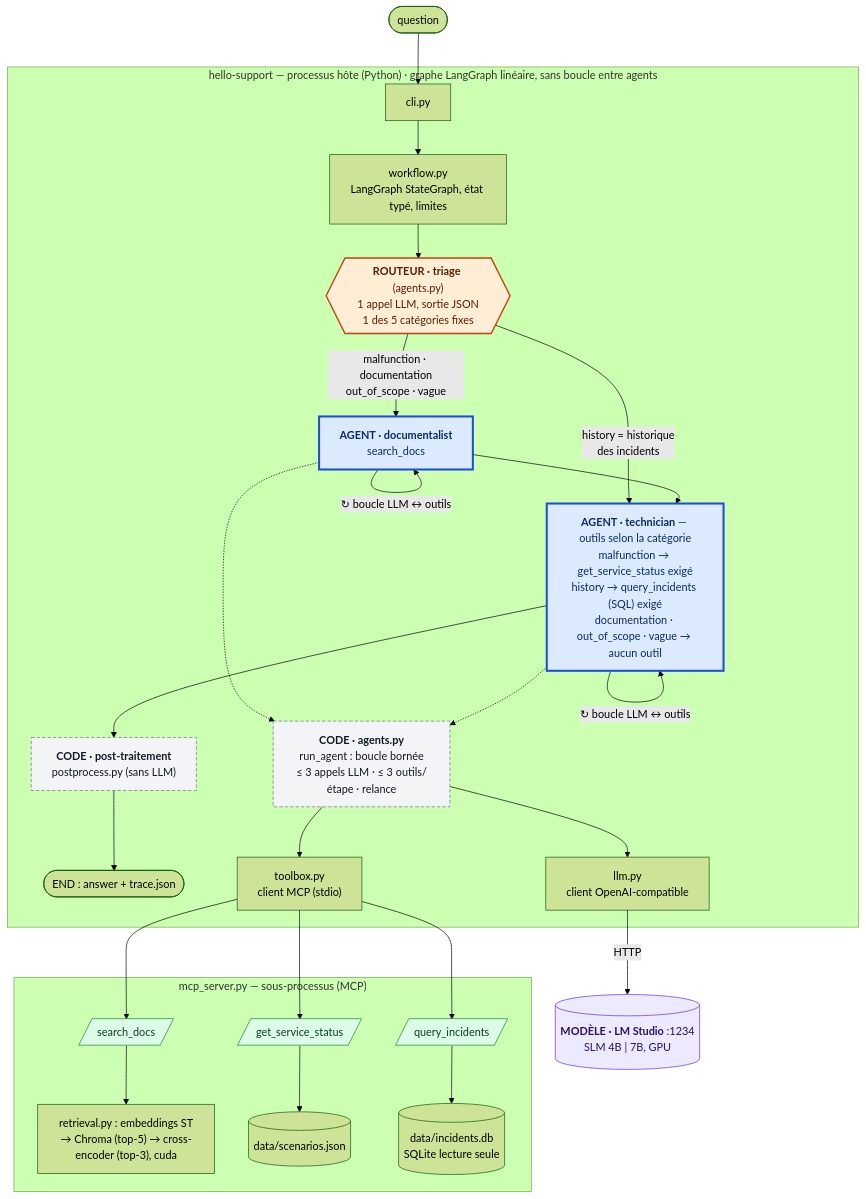
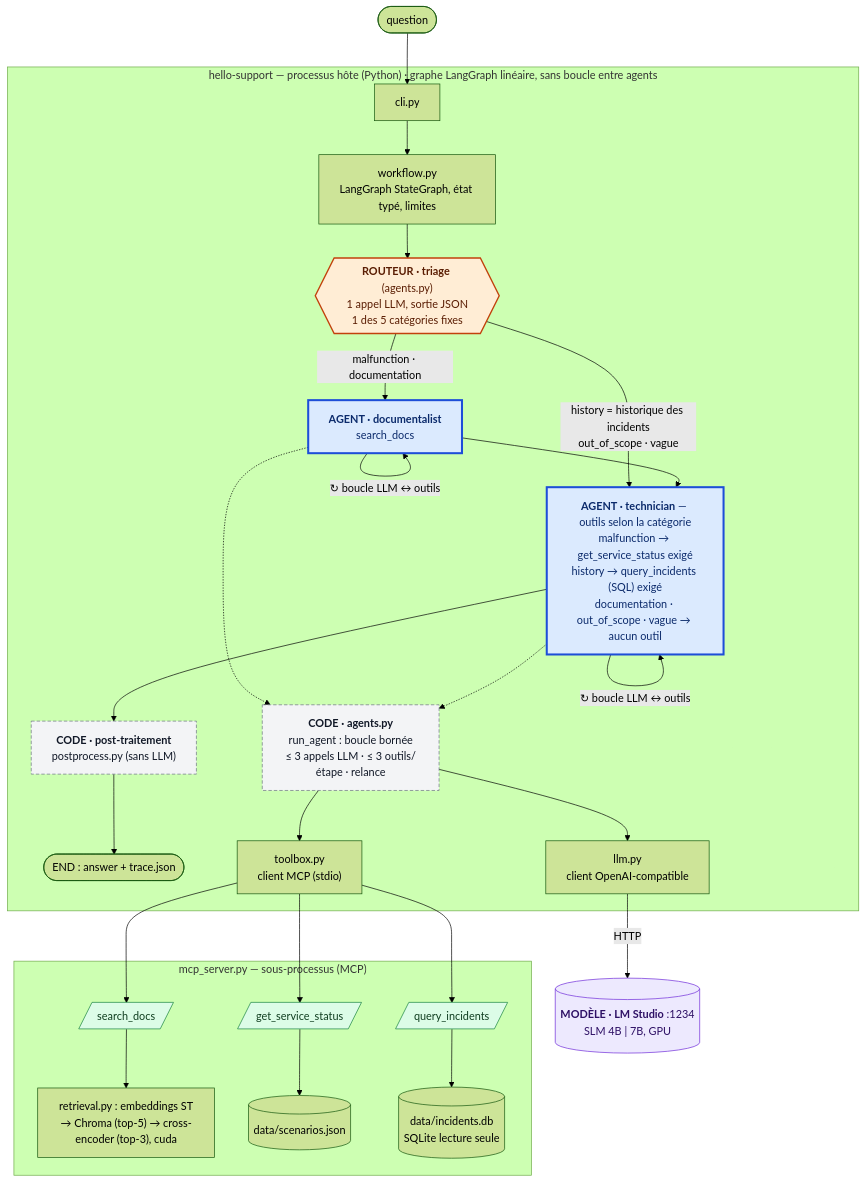
The diagram in docs/SPEC.md (StephaneHe/HelloSupport), drawn with Mermaid (forest theme) before and after one commit. The commit also changed 20 other files, not shown here.

First line of the commit message:
Route out_of_scope and vague questions straight to the technician (v1.10.0)

````diff
--- a/docs/SPEC.md
+++ b/docs/SPEC.md
@@ -88,43 +88,43 @@
 ```mermaid
 flowchart TB
     Q(["question"]) --> CLI
 
     subgraph HOST["hello-support — processus hôte (Python) · graphe LangGraph linéaire, sans boucle entre agents"]
         CLI["cli.py"] --> WF["workflow.py<br/>LangGraph StateGraph, état typé, limites"]
         WF --> TRI{{"<b>ROUTEUR · triage</b> (agents.py)<br/>1 appel LLM, sortie JSON<br/>1 des 5 catégories fixes"}}
-        TRI -->|"malfunction · documentation<br/>out_of_scope · vague"| DOC["<b>AGENT · documentalist</b><br/>search_docs"]
-        TRI -->|"history = historique<br/>des incidents"| TEC
+        TRI -->|"malfunction · documentation"| DOC["<b>AGENT · documentalist</b><br/>search_docs"]
+        TRI -->|"history = historique des incidents<br/>out_of_scope · vague"| TEC
         DOC -->|"↻ boucle LLM ↔ outils"| DOC
         DOC --> TEC["<b>AGENT · technician</b> — outils selon la catégorie<br/>malfunction → get_service_status exigé<br/>history → query_incidents (SQL) exigé<br/>documentation · out_of_scope · vague → aucun outil"]
         TEC -->|"↻ boucle LLM ↔ outils"| TEC
         TEC --> PP["<b>CODE · post-traitement</b><br/>postprocess.py (sans LLM)"]
         PP --> FIN(["END : answer + trace.json"])
         AG["<b>CODE · agents.py</b><br/>run_agent : boucle bornée<br/>≤ 3 appels LLM · ≤ 3 outils/étape · relance"]
         LLM["llm.py<br/>client OpenAI-compatible"]
         MC["toolbox.py<br/>client MCP (stdio)"]
         DOC & TEC -.-> AG
         AG --> LLM
         AG --> MC
     end
 
     LLM -- "HTTP" --> LMS[("<b>MODÈLE · LM Studio</b> :1234<br/>SLM 4B | 7B, GPU")]
 
     subgraph SRV["mcp_server.py — sous-processus (MCP)"]
         T1[/"search_docs"/] --> R["retrieval.py : embeddings ST<br/>→ Chroma (top-5) → cross-encoder (top-3), cuda"]
         T2[/"get_service_status"/] --> SC[("data/scenarios.json")]
         T3[/"query_incidents"/] --> DB[("data/incidents.db<br/>SQLite lecture seule")]
     end
 
     MC --> T1 & T2 & T3
 
     classDef agent fill:#dbeafe,stroke:#1d4ed8,stroke-width:3px,color:#0b2a6b
     classDef router fill:#ffedd5,stroke:#c2410c,stroke-width:2px,color:#5a1d03
     classDef code fill:#f3f4f6,stroke:#6b7280,stroke-width:1px,stroke-dasharray:5 3,color:#111827
     classDef tool fill:#dcfce7,stroke:#15803d,color:#0f3d1f
     classDef model fill:#ede9fe,stroke:#6d28d9,color:#2e1065
     class DOC,TEC agent
     class TRI router
     class PP,AG code
     class T1,T2,T3 tool
     class LMS model
 ```
````
